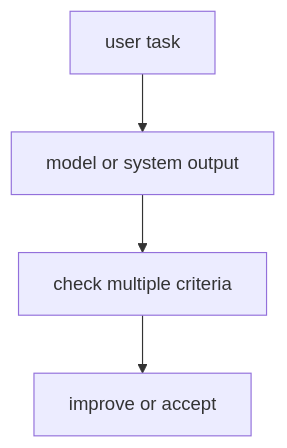
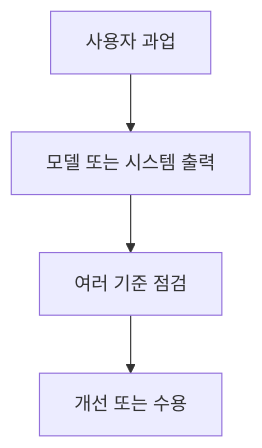
One commit to devchan64/AiBook changed the diagram in docs/assets/part-06/chapter-15/p6-c15-s01-diagram-02-ko.mmd. Above: the diagram before and after it, drawn with Mermaid. The commit also changed 139 other files, not shown here.

Commit message:
part6: expand beginner examples and diagram updates

```diff
--- a/docs/assets/part-06/chapter-15/p6-c15-s01-diagram-02-ko.mmd
+++ b/docs/assets/part-06/chapter-15/p6-c15-s01-diagram-02-ko.mmd
@@ -1,9 +1,9 @@
 flowchart TD
-  A["user task"]
-  B["model or system output"]
-  C["check multiple criteria"]
-  D["improve or accept"]
+  A["사용자 과업"]
+  B["모델 또는 시스템 출력"]
+  C["여러 기준 점검"]
+  D["개선 또는 수용"]
 
   A --> B
   B --> C
   C --> D
```
